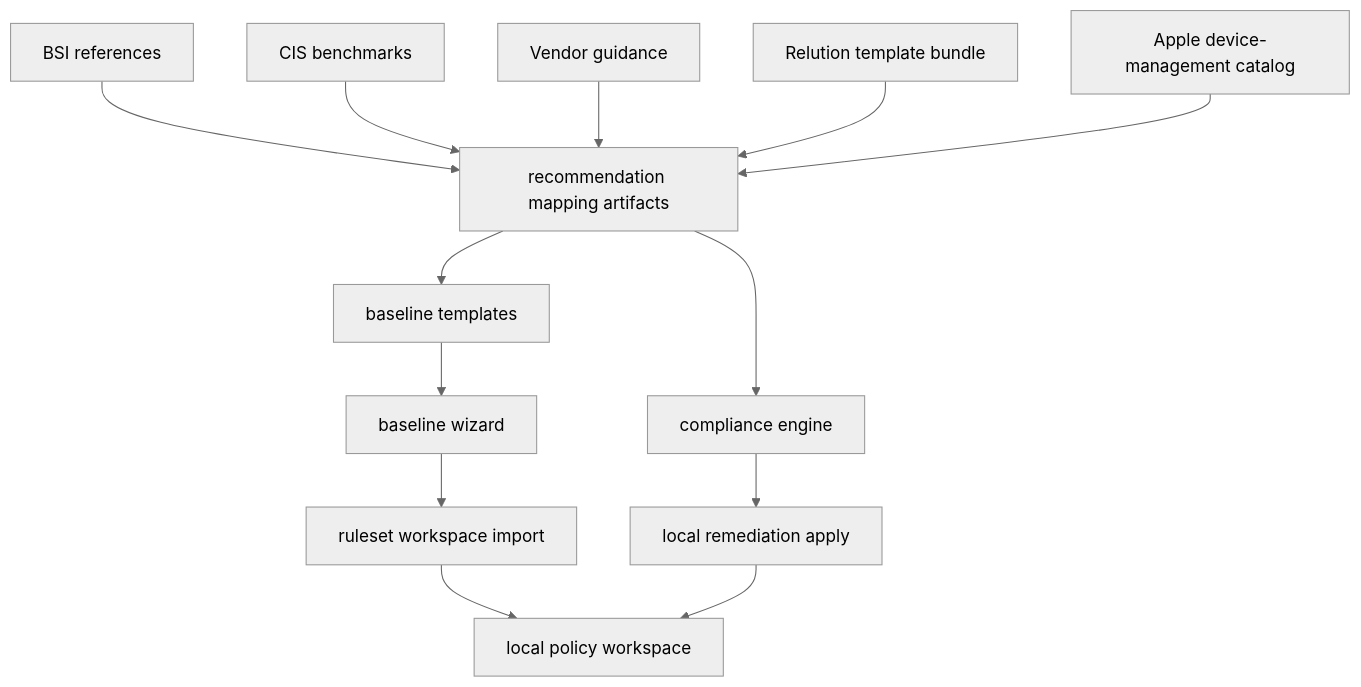
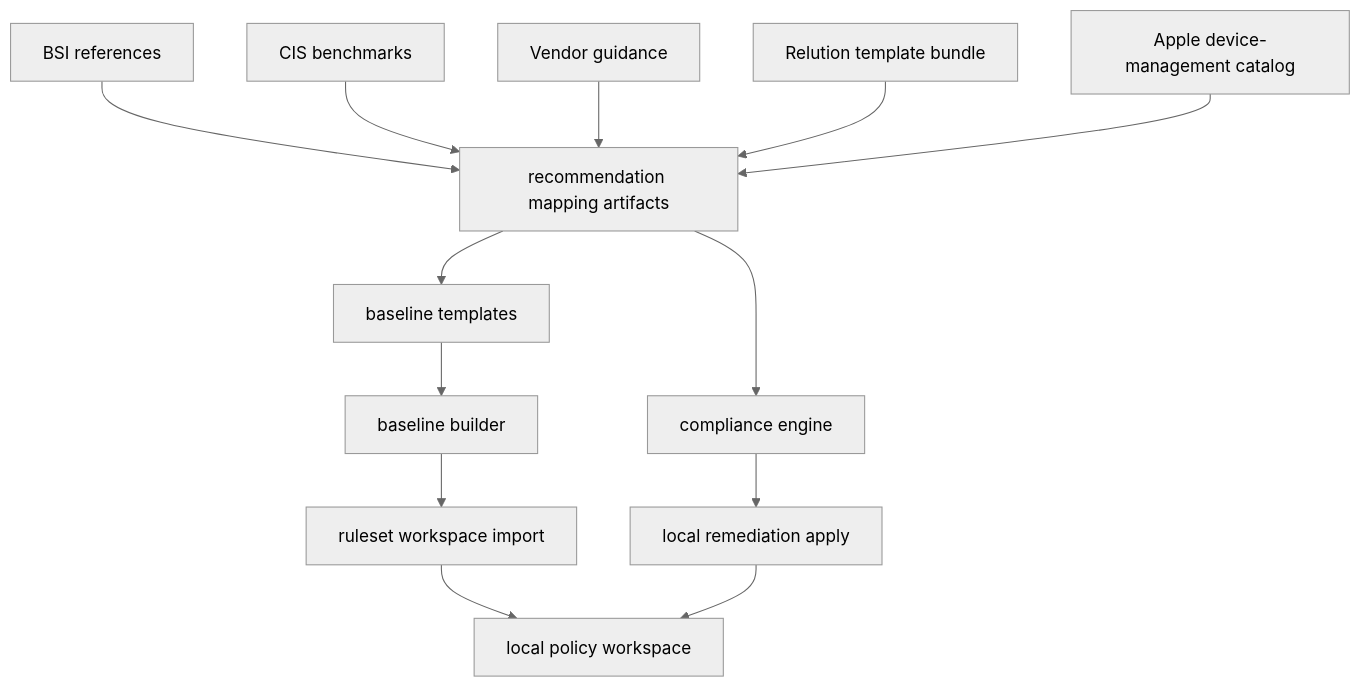
One commit to sebastianspicker/relution-policy-workbench changed the fourth of 5 diagrams in README.md. Above: the diagram before and after it, drawn with Mermaid (neutral theme). The commit also changed other lines of this file and 195 other files, not shown here.

````diff
--- a/README.md
+++ b/README.md
@@ -160,15 +181,15 @@
 ```mermaid
 flowchart TD
   bsi[BSI references] --> mappings[recommendation mapping artifacts]
   cis[CIS benchmarks] --> mappings
   vendor[Vendor guidance] --> mappings
   relution[Relution template bundle] --> mappings
   apple[Apple device-management catalog] --> mappings
   mappings --> templates[baseline templates]
   mappings --> compliance[compliance engine]
-  templates --> wizard[baseline wizard]
-  wizard --> ruleset[ruleset workspace import]
+  templates --> builder[baseline builder]
+  builder --> ruleset[ruleset workspace import]
   compliance --> remediation[local remediation apply]
   ruleset --> workspace[local policy workspace]
   remediation --> workspace
 ```
````
